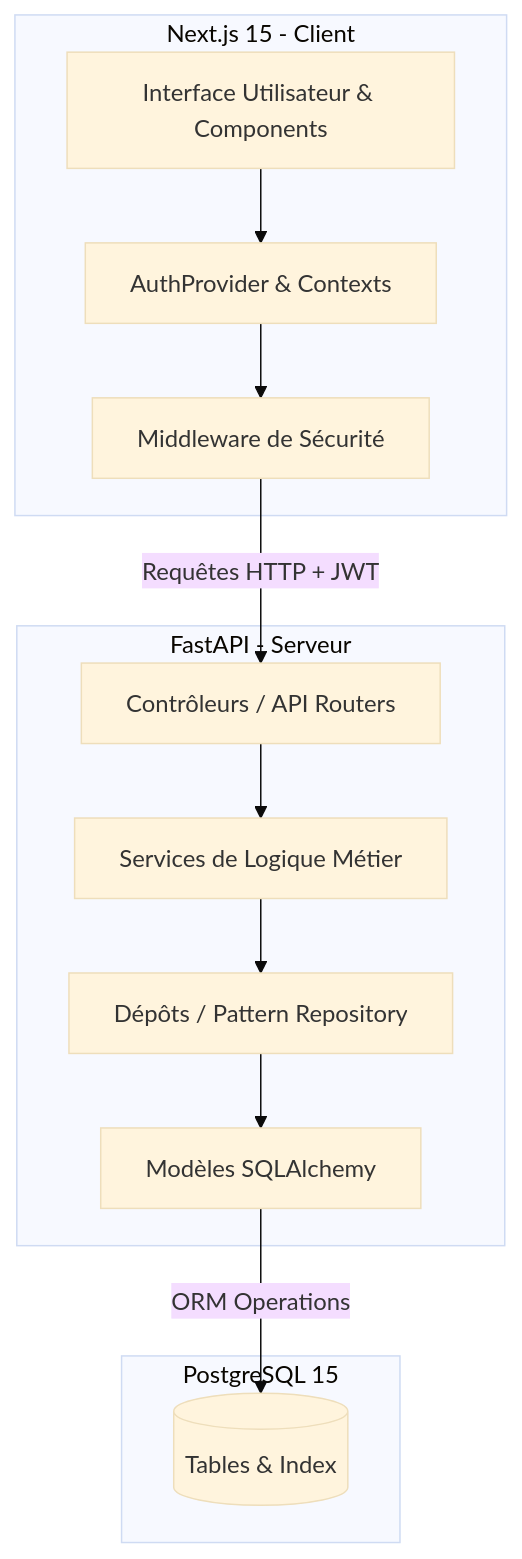
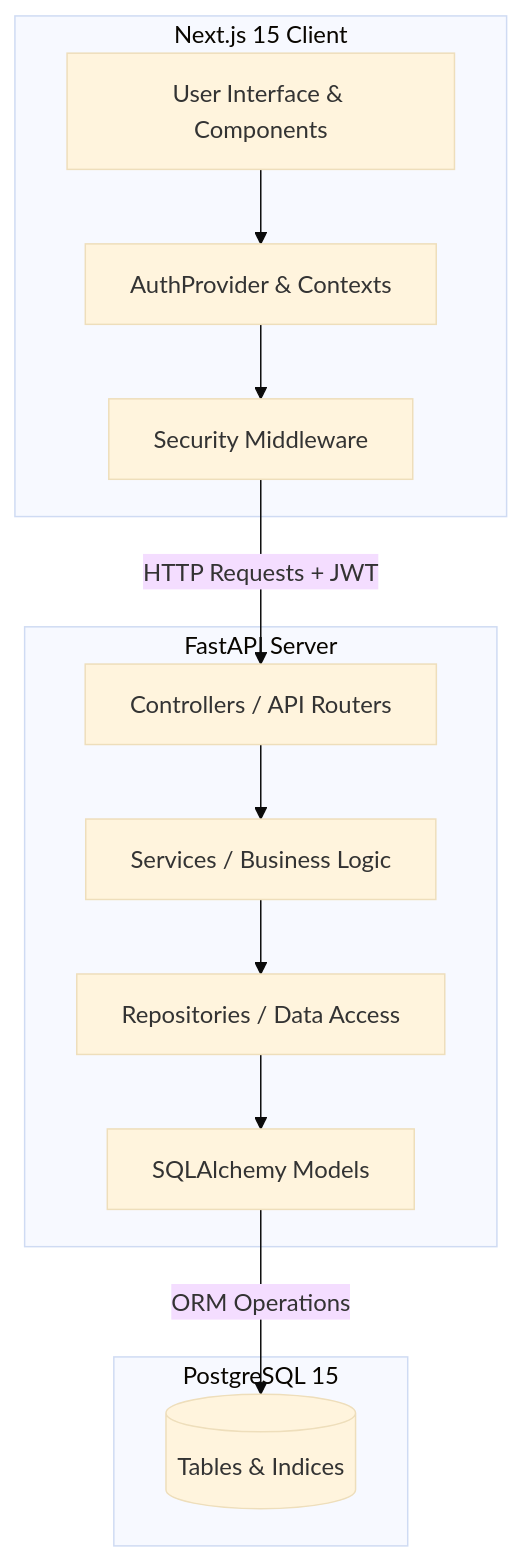
Before and after one commit to Yassmine10/BIAT-SegPro: the first of 2 diagrams in README.md, drawn with Mermaid (base theme). The commit also changed other lines of this file, not shown here.

````diff
--- a/README.md
+++ b/README.md
@@ -21,27 +26,27 @@
 ```mermaid
 graph TD
-    subgraph Frontend [Next.js 15 - Client]
-        UI[Interface Utilisateur & Components]
+    subgraph Frontend [Next.js 15 Client]
+        UI[User Interface & Components]
         Context[AuthProvider & Contexts]
-        Mid[Middleware de Sécurité]
+        Mid[Security Middleware]
     end
 
-    subgraph Backend [FastAPI - Serveur]
-        Ctrl[Contrôleurs / API Routers]
-        Srv[Services de Logique Métier]
-        Repo[Dépôts / Pattern Repository]
-        Models[Modèles SQLAlchemy]
+    subgraph Backend [FastAPI Server]
+        Ctrl[Controllers / API Routers]
+        Srv[Services / Business Logic]
+        Repo[Repositories / Data Access]
+        Models[SQLAlchemy Models]
     end
 
-    subgraph Base de Données [PostgreSQL 15]
-        DB[(Tables & Index)]
+    subgraph Database [PostgreSQL 15]
+        DB[(Tables & Indices)]
     end
 
     UI --> Context
     Context --> Mid
-    Mid -->|Requêtes HTTP + JWT| Ctrl
+    Mid -->|HTTP Requests + JWT| Ctrl
     Ctrl --> Srv
     Srv --> Repo
     Repo --> Models
     Models -->|ORM Operations| DB
 ```
````
